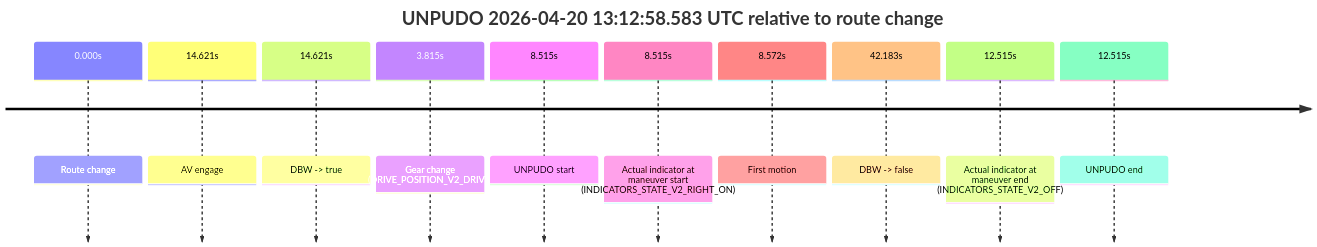
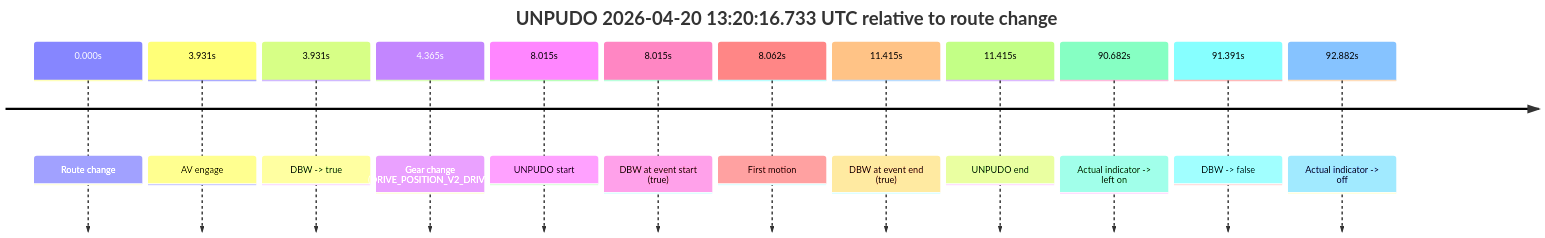
The fifth of 6 diagrams in model_analysis/report_cards/2026/04/Week-4/fme20038--2026-04-20--12-44-55--gen2-av-d7b5ebe9-0257-4947-a48a-ade5f11aa01b.md (yoelshapiro/vault), drawn with Mermaid before and after one commit. The commit also changed other lines of this file and 2 other files, not shown here.

````diff
--- a/model_analysis/report_cards/2026/04/Week-4/fme20038--2026-04-20--12-44-55--gen2-av-d7b5ebe9-0257-4947-a48a-ade5f11aa01b.md
+++ b/model_analysis/report_cards/2026/04/Week-4/fme20038--2026-04-20--12-44-55--gen2-av-d7b5ebe9-0257-4947-a48a-ade5f11aa01b.md
@@ -387,14 +413,16 @@
 ```mermaid
 timeline
-    title UNPUDO 2026-04-20 13:12:58.583 UTC relative to route change
+    title UNPUDO 2026-04-20 13:20:16.733 UTC relative to route change
     0.000s : Route change
-    14.621s : AV engage
-    14.621s : DBW -> true
-    3.815s : Gear change (DRIVE_POSITION_V2_DRIVE)
-    8.515s : UNPUDO start
-    8.515s : Actual indicator at maneuver start (INDICATORS_STATE_V2_RIGHT_ON)
-    8.572s : First motion
-    42.183s : DBW -> false
-    12.515s : Actual indicator at maneuver end (INDICATORS_STATE_V2_OFF)
-    12.515s : UNPUDO end
+    3.931s : AV engage
+    3.931s : DBW -> true
+    4.365s : Gear change (DRIVE_POSITION_V2_DRIVE)
+    8.015s : UNPUDO start
+    8.015s : DBW at event start (true)
+    8.062s : First motion
+    11.415s : DBW at event end (true)
+    11.415s : UNPUDO end
+    90.682s : Actual indicator -> left on
+    91.391s : DBW -> false
+    92.882s : Actual indicator -> off
 ```
````
